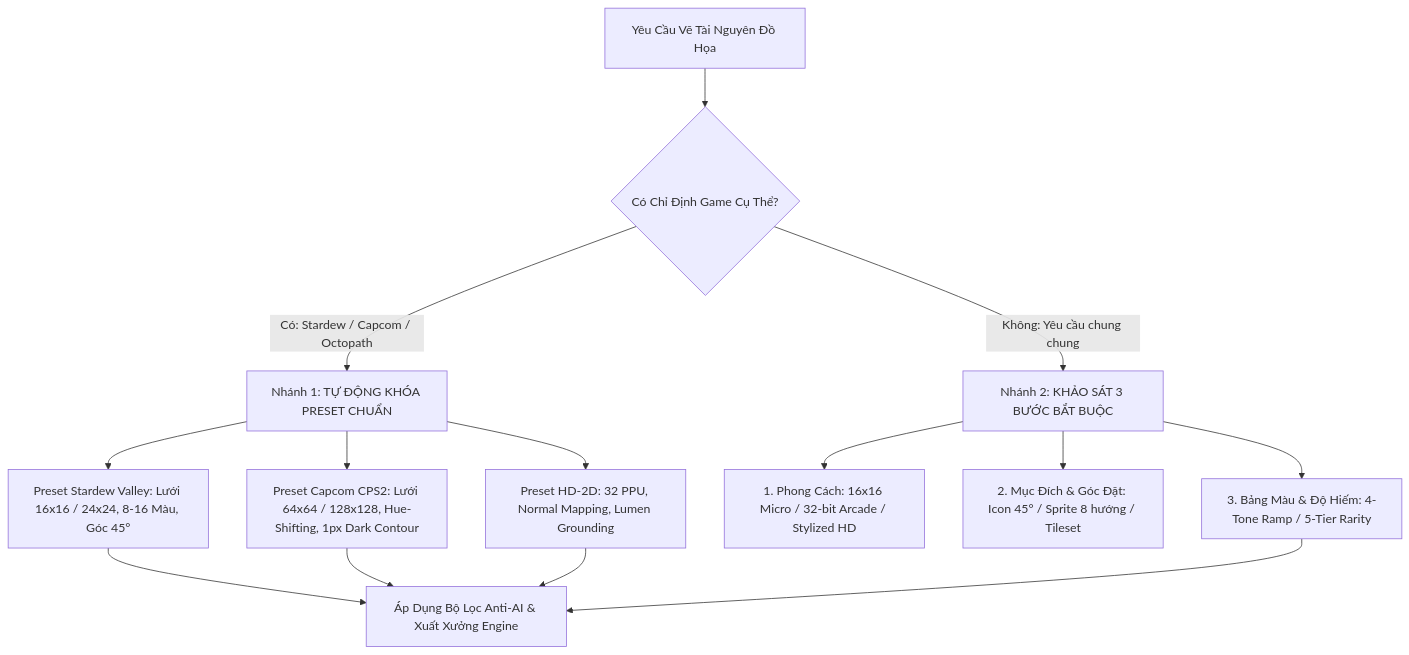
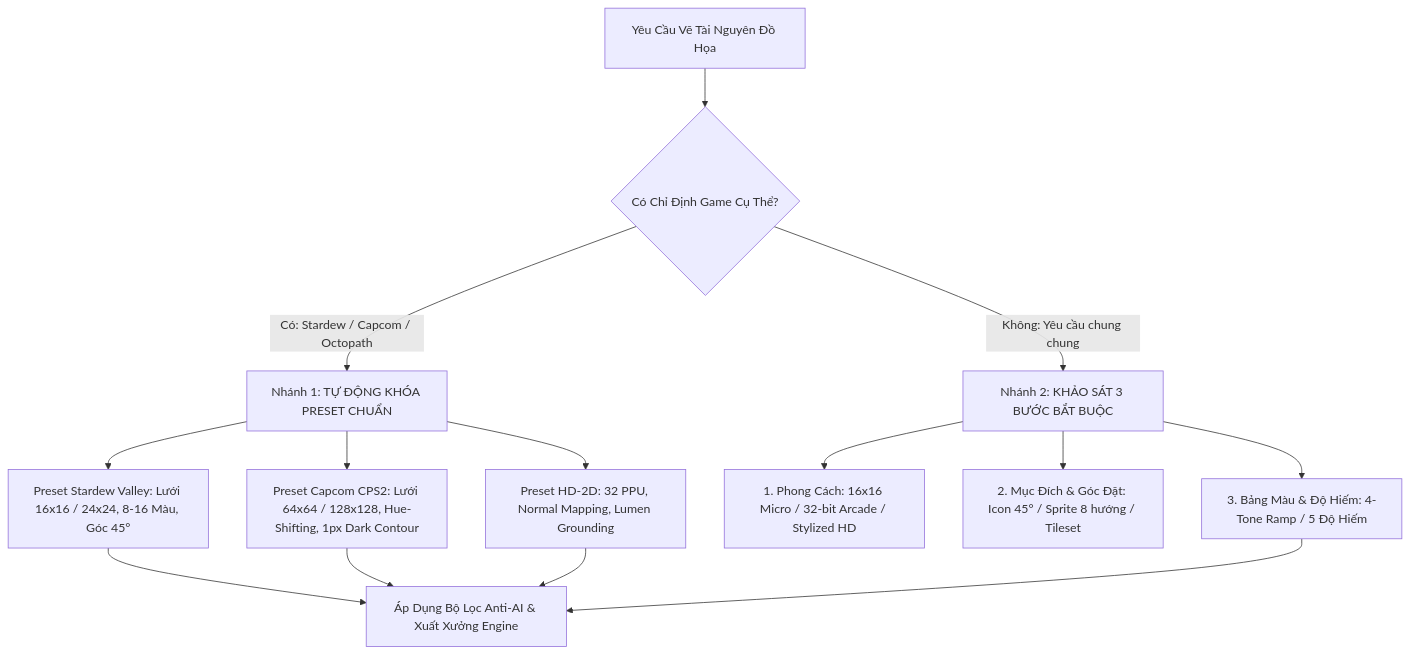
One commit to kenzings-ng/ProjectAscendant changed the diagram in design/art/pixel-asset-specifications.md. Above: the diagram before and after it, drawn with Mermaid. The commit also changed other lines of this file and 2 other files, not shown here.

First line of the commit message:
docs: fix rarity wording in design/art and story-002; fix registry citations (X13)

````diff
--- a/design/art/pixel-asset-specifications.md
+++ b/design/art/pixel-asset-specifications.md
@@ -20,19 +20,19 @@
 ```mermaid
 flowchart TD
     Request[Yêu Cầu Vẽ Tài Nguyên Đồ Họa] --> Check{Có Chỉ Định Game Cụ Thể?}
     
     Check -->|Có: Stardew / Capcom / Octopath| Preset[Nhánh 1: TỰ ĐỘNG KHÓA PRESET CHUẨN]
     Preset --> P_Stardew[Preset Stardew Valley: Lưới 16x16 / 24x24, 8-16 Màu, Góc 45°]
     Preset --> P_Capcom[Preset Capcom CPS2: Lưới 64x64 / 128x128, Hue-Shifting, 1px Dark Contour]
     Preset --> P_Octopath[Preset HD-2D: 32 PPU, Normal Mapping, Lumen Grounding]
     
     Check -->|Không: Yêu cầu chung chung| Interrogate[Nhánh 2: KHẢO SÁT 3 BƯỚC BẮT BUỘC]
     Interrogate --> Q1[1. Phong Cách: 16x16 Micro / 32-bit Arcade / Stylized HD]
     Interrogate --> Q2[2. Mục Đích & Góc Đặt: Icon 45° / Sprite 8 hướng / Tileset]
-    Interrogate --> Q3[3. Bảng Màu & Độ Hiếm: 4-Tone Ramp / 5-Tier Rarity]
+    Interrogate --> Q3[3. Bảng Màu & Độ Hiếm: 4-Tone Ramp / 5 Độ Hiếm]
     
     P_Stardew --> Exec[Áp Dụng Bộ Lọc Anti-AI & Xuất Xưởng Engine]
     P_Capcom --> Exec
     P_Octopath --> Exec
     Q3 --> Exec
 ```
````
